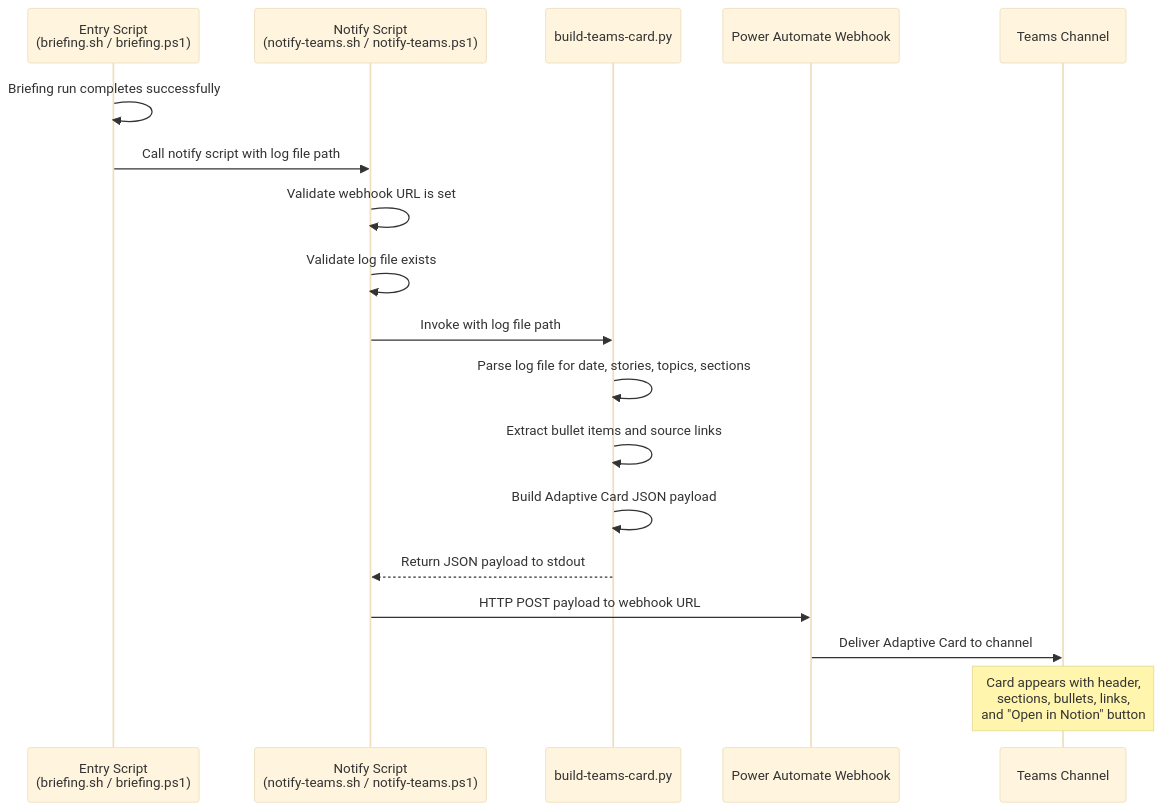
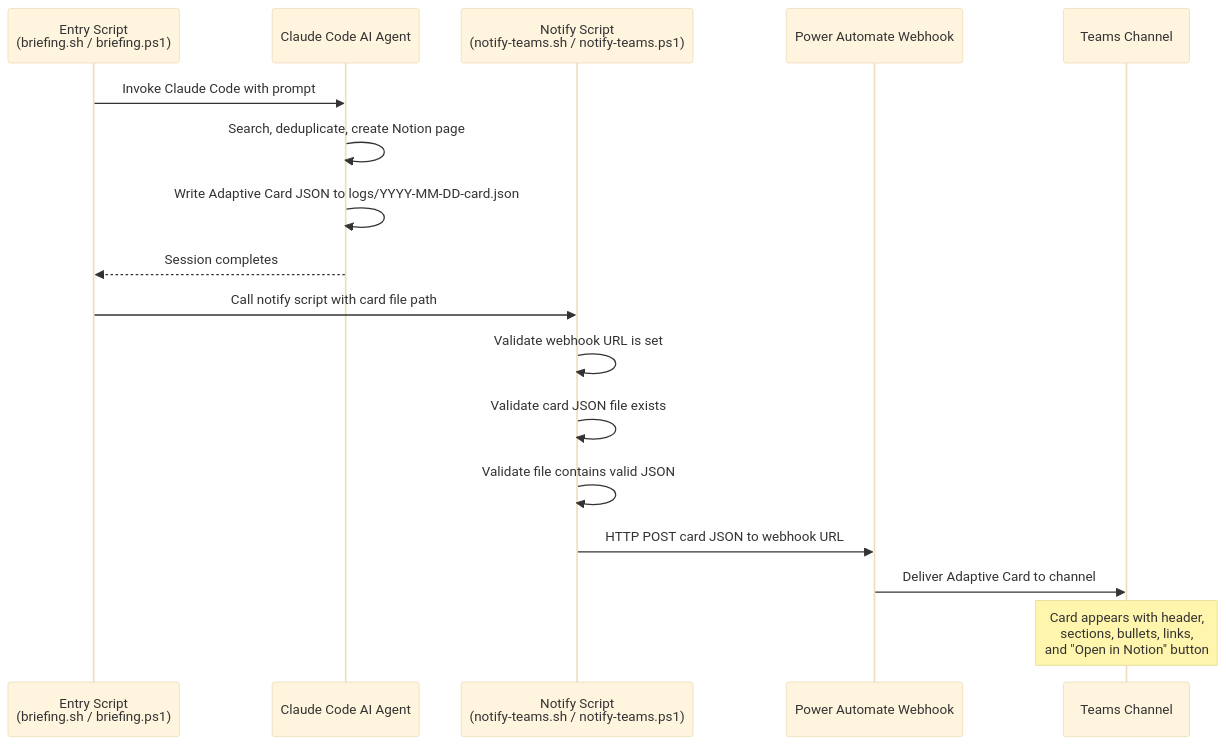
Before and after one commit to hoangsonww/ai-news-briefing: the first of 4 diagrams in NOTIFY_TEAMS.md, drawn with Mermaid (base theme). The commit also changed other lines of this file and 8 other files, not shown here.

````diff
--- a/NOTIFY_TEAMS.md
+++ b/NOTIFY_TEAMS.md
@@ -192,25 +193,23 @@
 ```mermaid
 sequenceDiagram
     participant BS as Entry Script<br/>(briefing.sh / briefing.ps1)
+    participant AI as Claude Code AI Agent
     participant NT as Notify Script<br/>(notify-teams.sh / notify-teams.ps1)
-    participant PY as build-teams-card.py
     participant PA as Power Automate Webhook
     participant TC as Teams Channel
 
-    BS->>BS: Briefing run completes successfully
-    BS->>NT: Call notify script with log file path
+    BS->>AI: Invoke Claude Code with prompt
+    AI->>AI: Search, deduplicate, create Notion page
+    AI->>AI: Write Adaptive Card JSON to logs/YYYY-MM-DD-card.json
+
+    AI-->>BS: Session completes
+    BS->>NT: Call notify script with card file path
 
     NT->>NT: Validate webhook URL is set
-    NT->>NT: Validate log file exists
-    NT->>PY: Invoke with log file path
-
-    PY->>PY: Parse log file for date, stories, topics, sections
-    PY->>PY: Extract bullet items and source links
-    PY->>PY: Build Adaptive Card JSON payload
-    PY-->>NT: Return JSON payload to stdout
-
-    NT->>PA: HTTP POST payload to webhook URL
+    NT->>NT: Validate card JSON file exists
+    NT->>NT: Validate file contains valid JSON
+    NT->>PA: HTTP POST card JSON to webhook URL
     PA->>TC: Deliver Adaptive Card to channel
 
     Note over TC: Card appears with header,<br/>sections, bullets, links,<br/>and "Open in Notion" button
 ```
````
